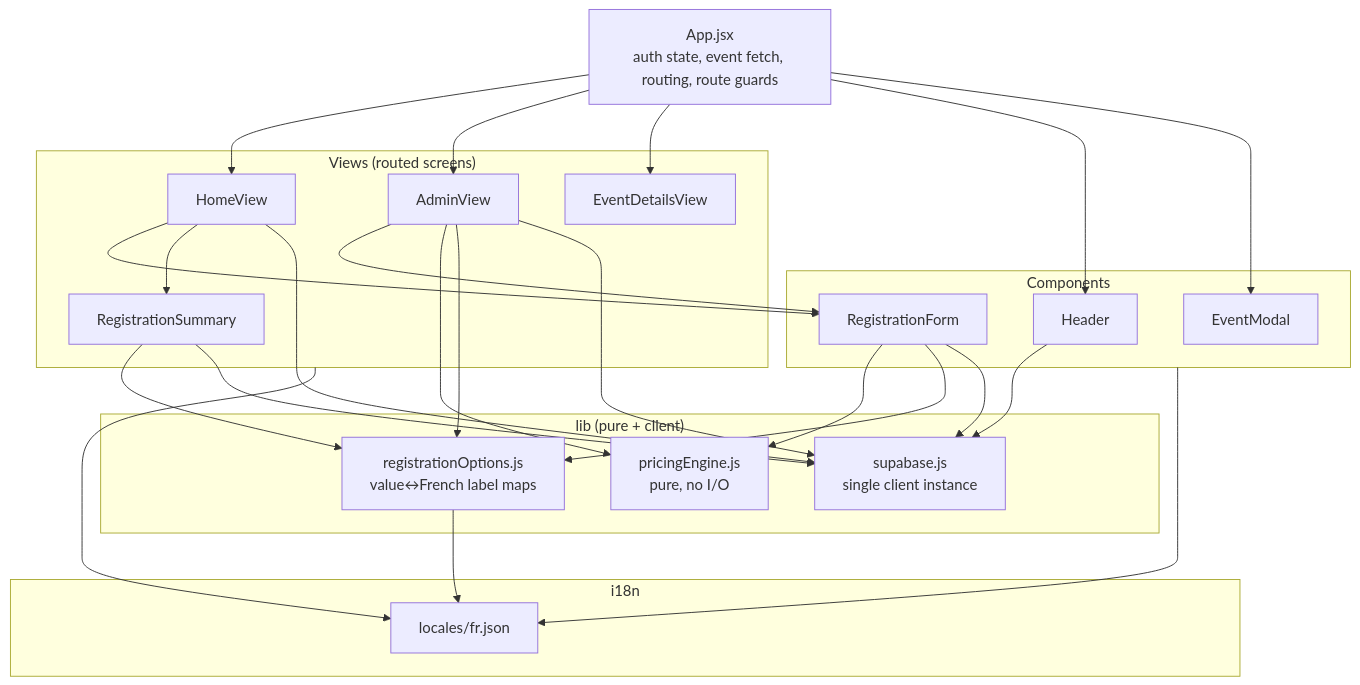
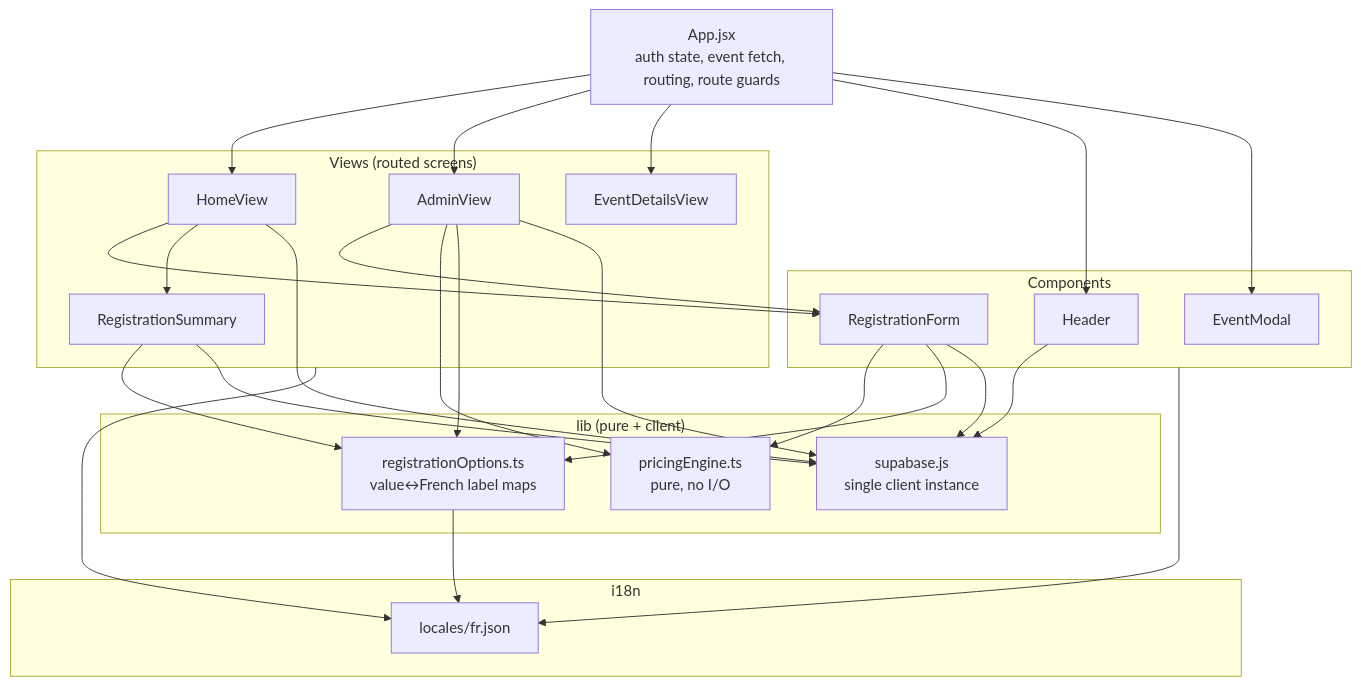
Before and after one commit to YULmix/yulmix-la-bedaine: the second of 5 diagrams in docs/02-architecture.md, drawn with Mermaid. The commit also changed other lines of this file and 46 other files, not shown here.

First line of the commit message:
feat(tooling): TypeScript for src/lib's domain modules, typed against the schema (#201) (#207)

````diff
--- a/docs/02-architecture.md
+++ b/docs/02-architecture.md
@@ -50,36 +50,36 @@
 ```mermaid
 flowchart TD
   subgraph V["Views (routed screens)"]
     HV["HomeView"]
     AV["AdminView"]
     EDV["EventDetailsView"]
     RS["RegistrationSummary"]
   end
   subgraph C["Components"]
     H["Header"]
     EM["EventModal"]
     RF["RegistrationForm"]
   end
   subgraph L["lib (pure + client)"]
-    PE["pricingEngine.js<br/>pure, no I/O"]
-    RO["registrationOptions.js<br/>value↔French label maps"]
+    PE["pricingEngine.ts<br/>pure, no I/O"]
+    RO["registrationOptions.ts<br/>value↔French label maps"]
     SB["supabase.js<br/>single client instance"]
   end
   subgraph I["i18n"]
     FR["locales/fr.json"]
   end
 
   APP["App.jsx<br/>auth state, event fetch, routing, route guards"]
   APP --> HV & AV & EDV
   APP --> H & EM
   HV --> RF & RS
   AV --> RF
   RF --> PE & RO & SB
   RS --> RO & SB
   AV --> PE & RO & SB
   HV --> SB
   H --> SB
   C --> FR
   V --> FR
   RO --> FR
 ```
````
